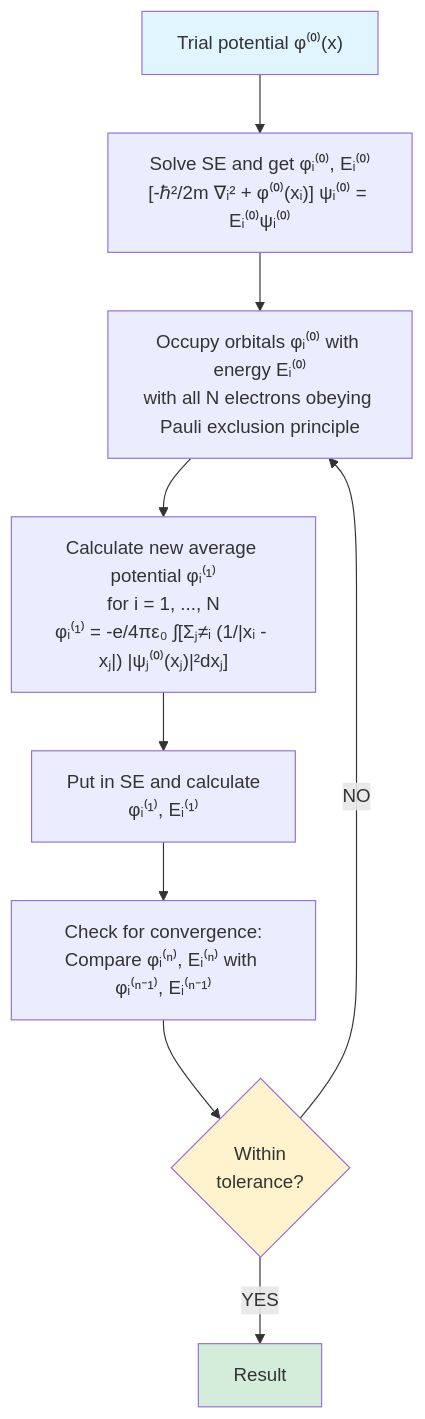
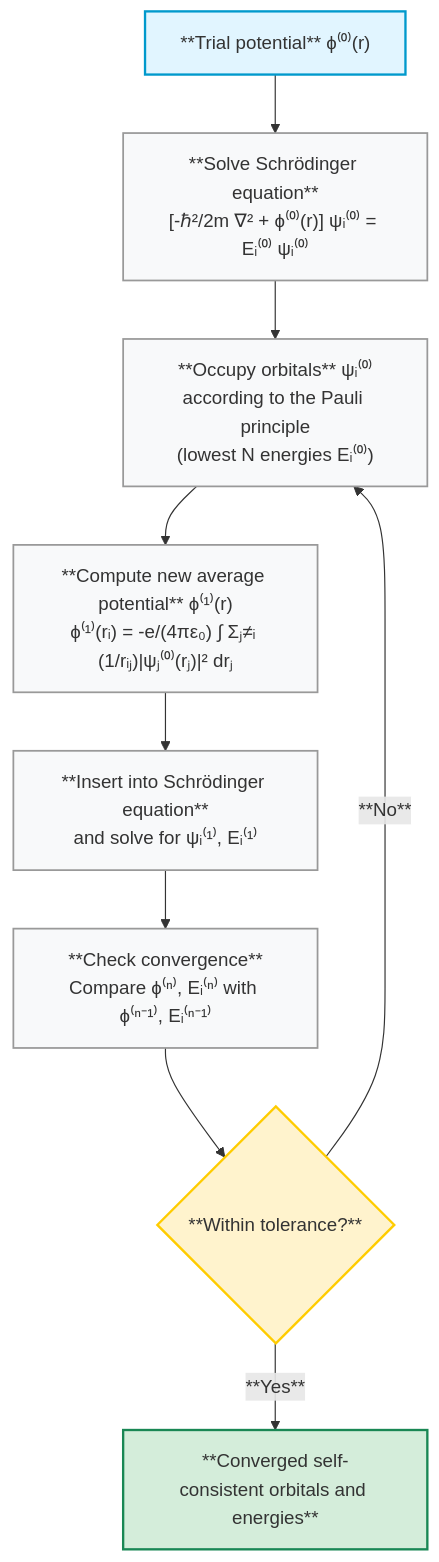
Before and after one commit to fsch-d/fsch-d.github.io: the diagram in phys4343/mod6/hartreefock.qmd, drawn with Mermaid. The commit also changed other lines of this file and 61 other files, not shown here.

````diff
--- a/phys4343/mod6/hartreefock.qmd
+++ b/phys4343/mod6/hartreefock.qmd
@@ -9,23 +189,36 @@
 ```{mermaid}
 %%| fig-align: center
-%%| fig-alt: Flowchart describing the Hartree-Fock method.
+%%| fig-alt: "Flowchart describing the self-consistent Hartree–Fock procedure."
+
 flowchart TD
-    Start["Trial potential φ⁽⁰⁾(x)"] --> SolveSchrodinger["Solve SE and get φᵢ⁽⁰⁾, Eᵢ⁽⁰⁾<br/>[-ℏ²/2m ∇ᵢ² + φ⁽⁰⁾(xᵢ)] ψᵢ⁽⁰⁾ = Eᵢ⁽⁰⁾ψᵢ⁽⁰⁾"]
-    
-    SolveSchrodinger --> OccupyOrbitals["Occupy orbitals φᵢ⁽⁰⁾ with energy Eᵢ⁽⁰⁾<br/>with all N electrons obeying Pauli exclusion principle"]
-    
-    OccupyOrbitals --> CalcNewPotential["Calculate new average potential φᵢ⁽¹⁾<br/>for i = 1, ..., N<br/>φᵢ⁽¹⁾ = -e/4πε₀ ∫[Σⱼ≠ᵢ (1/|xᵢ - xⱼ|) |ψⱼ⁽⁰⁾(xⱼ)|²dxⱼ]"]
-    
-    CalcNewPotential --> PutInSE["Put in SE and calculate<br/>φᵢ⁽¹⁾, Eᵢ⁽¹⁾"]
-    
-    PutInSE --> CheckConvergence["Check for convergence:<br/>Compare φᵢ⁽ⁿ⁾, Eᵢ⁽ⁿ⁾ with φᵢ⁽ⁿ⁻¹⁾, Eᵢ⁽ⁿ⁻¹⁾"]
-    
-    CheckConvergence --> Decision{"Within<br/>tolerance?"}
-    
-    Decision -->|NO| OccupyOrbitals
-    Decision -->|YES| Result["Result"]
-    
-    style Start fill:#e1f5ff
-    style Result fill:#d4edda
-    style Decision fill:#fff3cd
+    Start["**Trial potential** ϕ⁽⁰⁾(r)"] 
+        --> SolveSE["**Solve Schrödinger equation**<br/>[-ℏ²/2m ∇² + ϕ⁽⁰⁾(r)] ψᵢ⁽⁰⁾ = Eᵢ⁽⁰⁾ ψᵢ⁽⁰⁾"]
+
+    SolveSE 
+        --> Occupy["**Occupy orbitals** ψᵢ⁽⁰⁾<br/>according to the Pauli principle<br/>(lowest N energies Eᵢ⁽⁰⁾)"]
+
+    Occupy 
+        --> CalcPotential["**Compute new average potential** ϕ⁽¹⁾(r)<br/>ϕ⁽¹⁾(rᵢ) = -e/(4πε₀) ∫ Σⱼ≠ᵢ (1/rᵢⱼ)|ψⱼ⁽⁰⁾(rⱼ)|² drⱼ"]
+
+    CalcPotential 
+        --> Insert["**Insert into Schrödinger equation**<br/>and solve for ψᵢ⁽¹⁾, Eᵢ⁽¹⁾"]
+
+    Insert 
+        --> Check["**Check convergence**<br/>Compare ϕ⁽ⁿ⁾, Eᵢ⁽ⁿ⁾ with ϕ⁽ⁿ⁻¹⁾, Eᵢ⁽ⁿ⁻¹⁾"]
+
+    Check 
+        --> Decision{"**Within tolerance?**"}
+
+    Decision -->|**No**| Occupy
+    Decision -->|**Yes**| Result["**Converged self-consistent orbitals and energies**"]
+
+    %% Styling (consistent with angular momentum diagrams)
+    style Start fill:#e1f5ff,stroke:#0099cc,stroke-width:2px,corner-radius:8px
+    style SolveSE fill:#f8f9fa,stroke:#999,stroke-width:1.5px,corner-radius:8px
+    style Occupy fill:#f8f9fa,stroke:#999,stroke-width:1.5px,corner-radius:8px
+    style CalcPotential fill:#f8f9fa,stroke:#999,stroke-width:1.5px,corner-radius:8px
+    style Insert fill:#f8f9fa,stroke:#999,stroke-width:1.5px,corner-radius:8px
+    style Check fill:#f8f9fa,stroke:#999,stroke-width:1.5px,corner-radius:8px
+    style Decision fill:#fff3cd,stroke:#ffcc00,stroke-width:2px,corner-radius:8px
+    style Result fill:#d4edda,stroke:#198754,stroke-width:2px,corner-radius:8px
 ```
````
